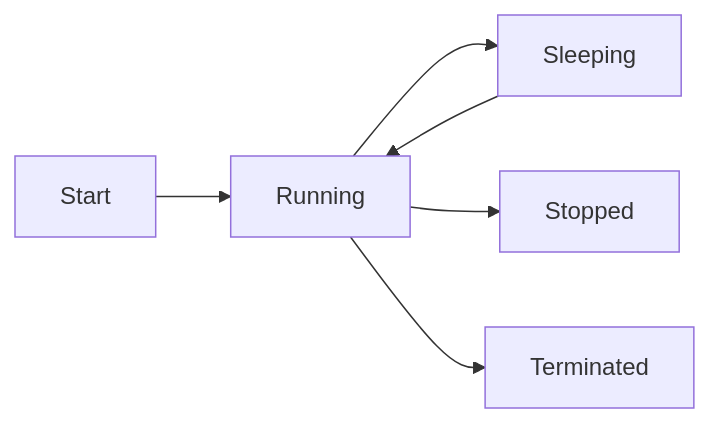
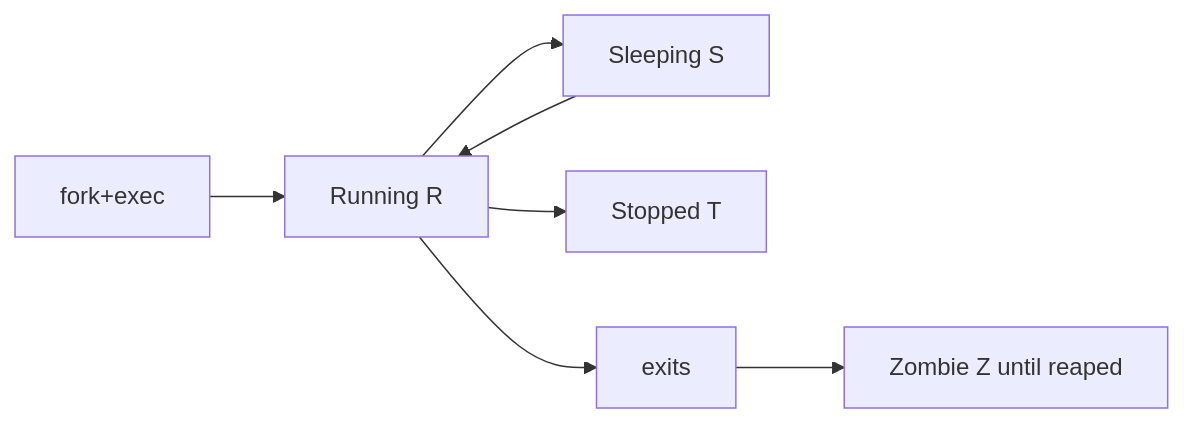
Before and after one commit to cloud-prakhar/learning-linux: the second of 2 diagrams in 05-processes-and-services/process-basics.md, drawn with Mermaid. The commit also changed other lines of this file and 69 other files, not shown here.

````diff
--- a/05-processes-and-services/process-basics.md
+++ b/05-processes-and-services/process-basics.md
@@ -36,8 +43,8 @@
 ```mermaid
 flowchart LR
-    New[Start] --> Run[Running]
-    Run --> Sleep[Sleeping]
+    New[fork+exec] --> Run[Running R]
+    Run --> Sleep[Sleeping S]
     Sleep --> Run
-    Run --> Stop[Stopped]
-    Run --> Done[Terminated]
+    Run --> Stop[Stopped T]
+    Run --> Exit[exits] --> Zombie[Zombie Z until reaped]
 ```
````
